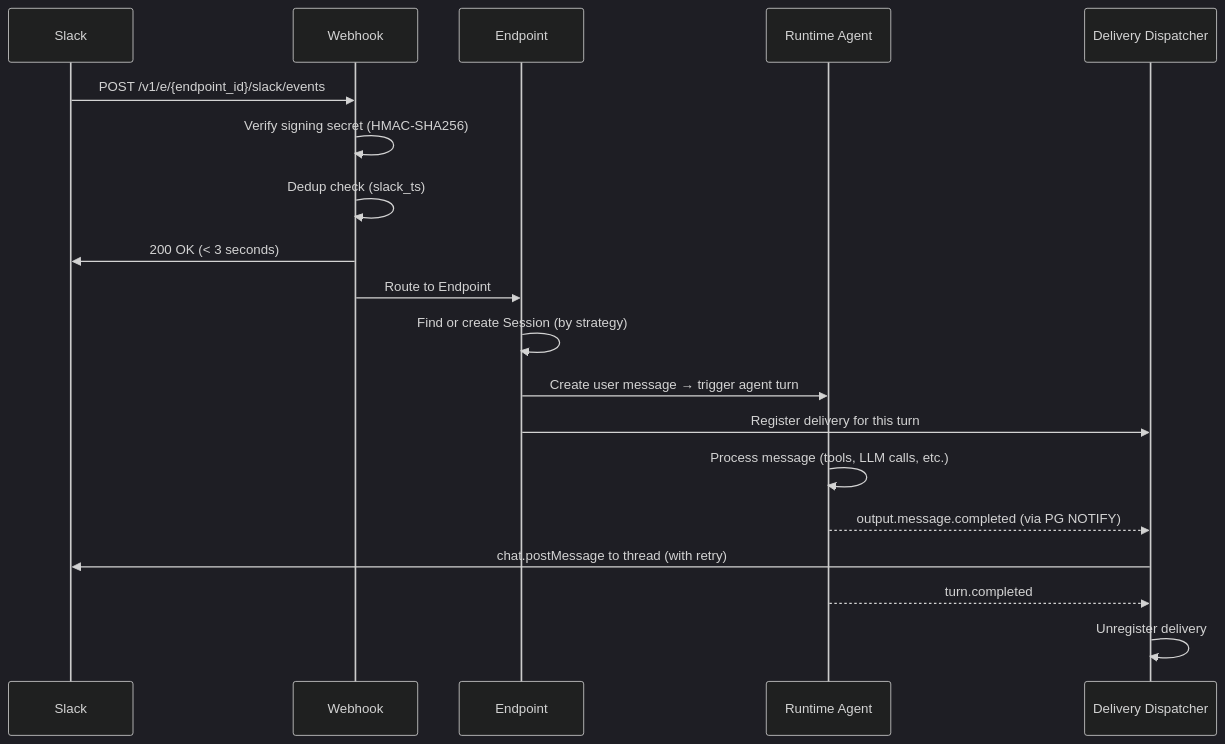
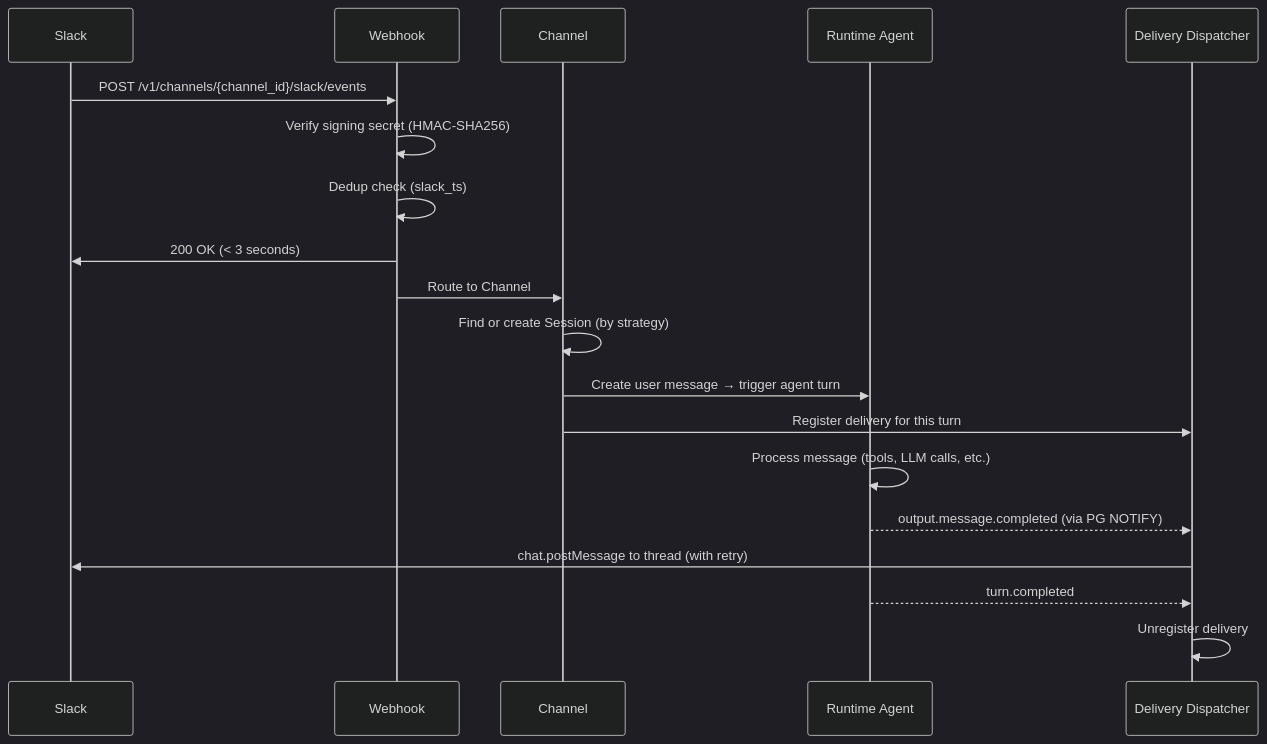
The diagram in docs/images/integrations/slack-message-flow.mmd (everruns/everruns), drawn with Mermaid (dark theme) before and after one commit. The commit also changed 334 other files, not shown here.

```diff
--- a/docs/images/integrations/slack-message-flow.mmd
+++ b/docs/images/integrations/slack-message-flow.mmd
@@ -1,19 +1,19 @@
 sequenceDiagram
     participant S as Slack
     participant W as Webhook
-    participant E as Endpoint
+    participant E as Channel
     participant R as Runtime Agent
     participant D as Delivery Dispatcher
-    S->>W: POST /v1/e/{endpoint_id}/slack/events
+    S->>W: POST /v1/channels/{channel_id}/slack/events
     W->>W: Verify signing secret (HMAC-SHA256)
     W->>W: Dedup check (slack_ts)
     W->>S: 200 OK (< 3 seconds)
-    W->>E: Route to Endpoint
+    W->>E: Route to Channel
     E->>E: Find or create Session (by strategy)
     E->>R: Create user message → trigger agent turn
     E->>D: Register delivery for this turn
     R->>R: Process message (tools, LLM calls, etc.)
     R-->>D: output.message.completed (via PG NOTIFY)
     D->>S: chat.postMessage to thread (with retry)
     R-->>D: turn.completed
     D->>D: Unregister delivery
```
